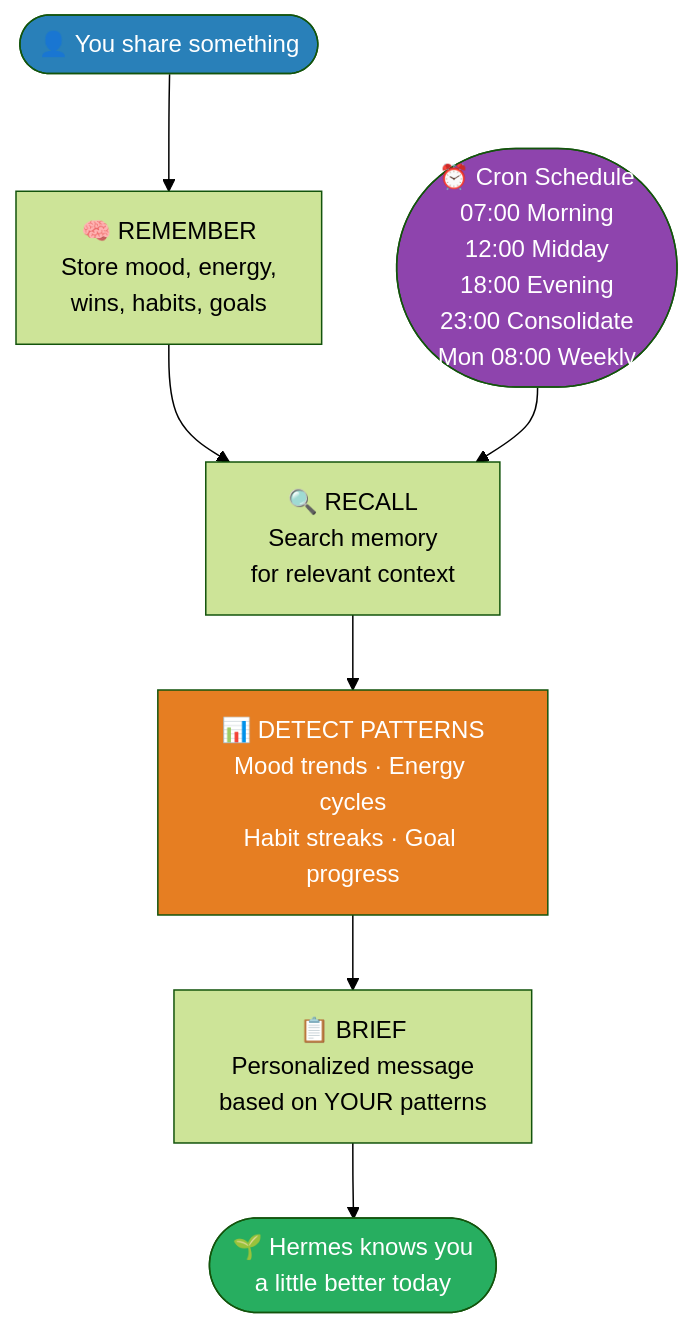
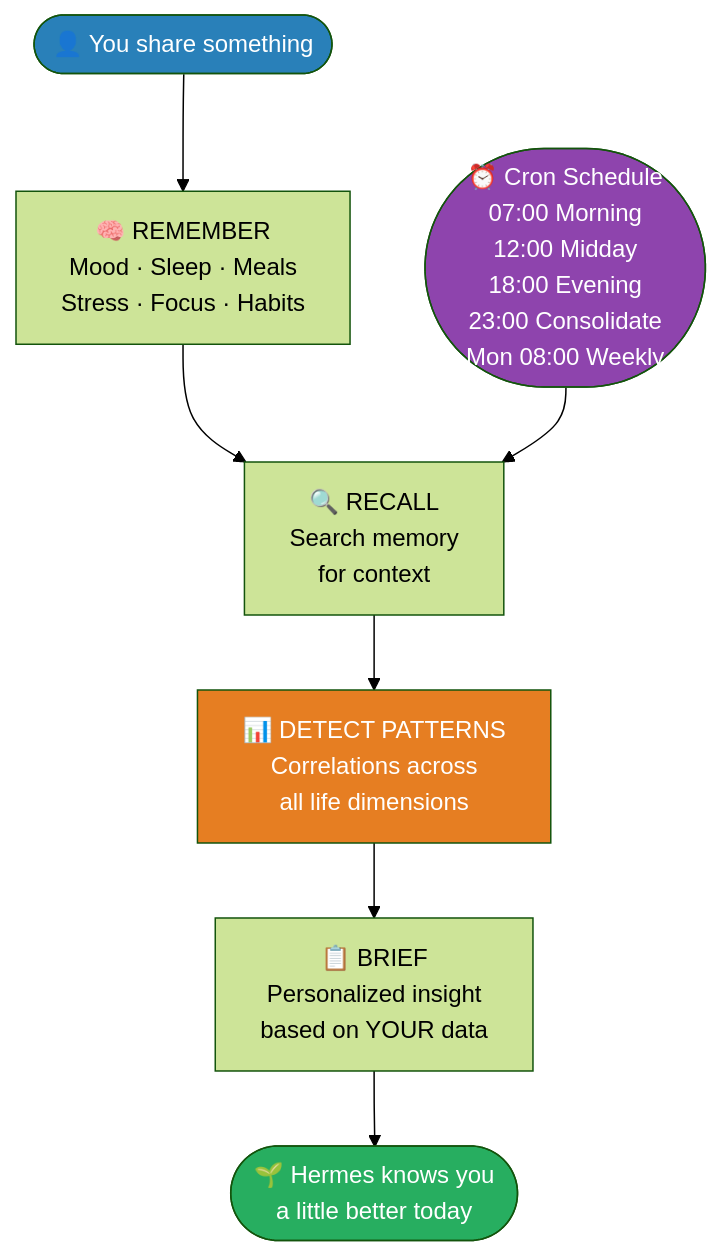
One commit to Lethe044/hermes-life-os changed the first of 3 diagrams in README.md. Above: the diagram before and after it, drawn with Mermaid (forest theme). The commit also changed other lines of this file, not shown here.

````diff
--- a/README.md
+++ b/README.md
@@ -24,16 +23,16 @@
 ```mermaid
 flowchart TD
     A([👤 You share something]) --> B
-    B[🧠 REMEMBER<br/>Store mood, energy,<br/>wins, habits, goals] --> C
-    C[🔍 RECALL<br/>Search memory<br/>for relevant context] --> D
-    D[📊 DETECT PATTERNS<br/>Mood trends · Energy cycles<br/>Habit streaks · Goal progress] --> E
-    E[📋 BRIEF<br/>Personalized message<br/>based on YOUR patterns] --> F
+    B[🧠 REMEMBER<br/>Mood · Sleep · Meals<br/>Stress · Focus · Habits] --> C
+    C[🔍 RECALL<br/>Search memory<br/>for context] --> D
+    D[📊 DETECT PATTERNS<br/>Correlations across<br/>all life dimensions] --> E
+    E[📋 BRIEF<br/>Personalized insight<br/>based on YOUR data] --> F
     F([🌱 Hermes knows you<br/>a little better today])
 
     G([⏰ Cron Schedule<br/>07:00 Morning<br/>12:00 Midday<br/>18:00 Evening<br/>23:00 Consolidate<br/>Mon 08:00 Weekly]) --> C
 
     style A fill:#2980b9,color:#fff
     style F fill:#27ae60,color:#fff
     style G fill:#8e44ad,color:#fff
     style D fill:#e67e22,color:#fff
 ```
````
